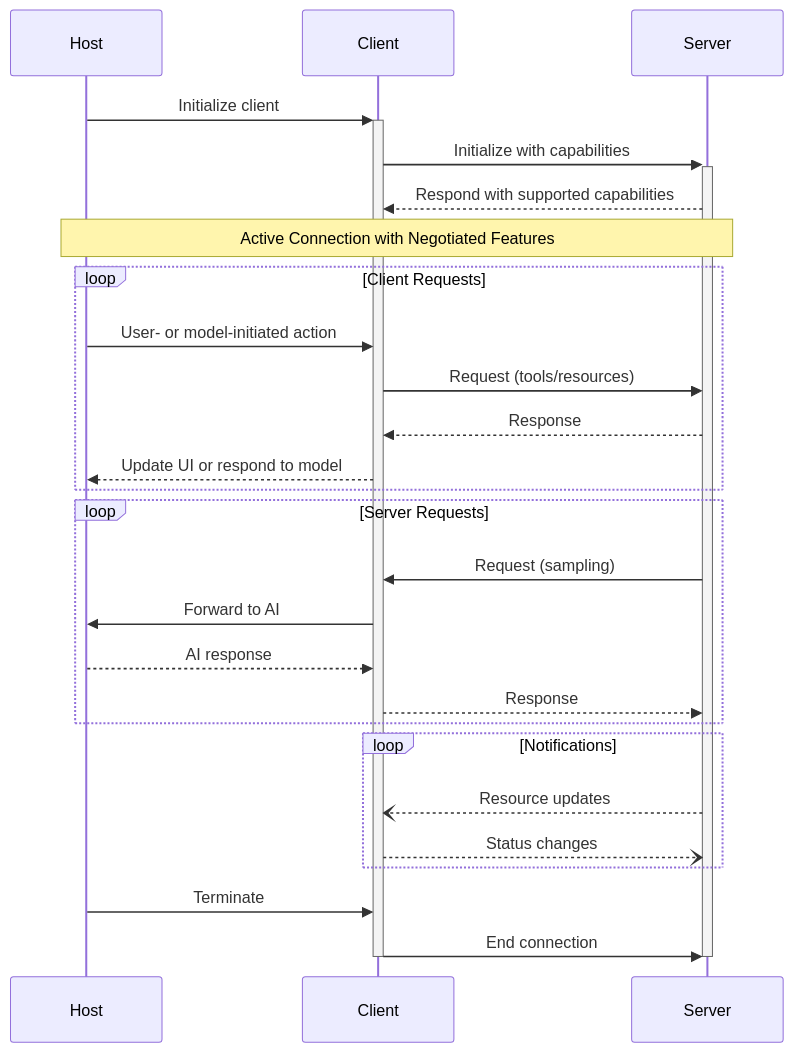
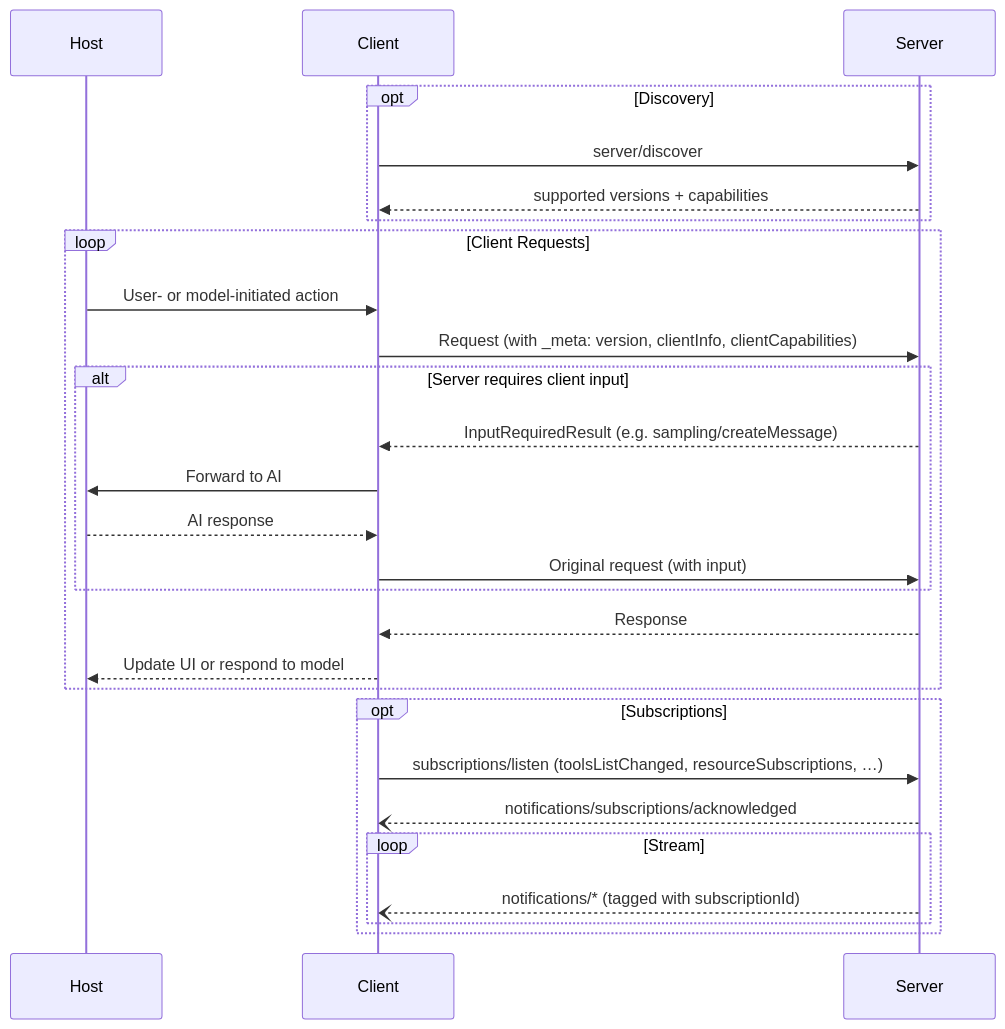
One commit to NickCollect/ai-coding-runbook changed the second of 2 diagrams in 01_Raw/github/modelcontextprotocol/modelcontextprotocol/docs/specification/draft/architecture/index.mdx. Above: the diagram before and after it, drawn with Mermaid. The commit also changed other lines of this file and 151 other files, not shown here.

````diff
--- a/01_Raw/github/modelcontextprotocol/modelcontextprotocol/docs/specification/draft/architecture/index.mdx
+++ b/01_Raw/github/modelcontextprotocol/modelcontextprotocol/docs/specification/draft/architecture/index.mdx
@@ -126,35 +131,32 @@
 ```mermaid
 sequenceDiagram
     participant Host
     participant Client
     participant Server
 
-    Host->>+Client: Initialize client
-    Client->>+Server: Initialize with capabilities
-    Server-->>Client: Respond with supported capabilities
-
-    Note over Host,Server: Active Connection with Negotiated Features
+    opt Discovery
+        Client->>Server: server/discover
+        Server-->>Client: supported versions + capabilities
+    end
 
     loop Client Requests
         Host->>Client: User- or model-initiated action
-        Client->>Server: Request (tools/resources)
+        Client->>Server: Request (with _meta: version, clientInfo, clientCapabilities)
+        alt Server requires client input
+            Server-->>Client: InputRequiredResult (e.g. sampling/createMessage)
+            Client->>Host: Forward to AI
+            Host-->>Client: AI response
+            Client->>Server: Original request (with input)
+        end
         Server-->>Client: Response
         Client-->>Host: Update UI or respond to model
     end
 
-    loop Server Requests
-        Server->>Client: Request (sampling)
-        Client->>Host: Forward to AI
-        Host-->>Client: AI response
-        Client-->>Server: Response
+    opt Subscriptions
+        Client->>Server: subscriptions/listen (toolsListChanged, resourceSubscriptions, …)
+        Server--)Client: notifications/subscriptions/acknowledged
+        loop Stream
+            Server--)Client: notifications/* (tagged with subscriptionId)
+        end
     end
-
-    loop Notifications
-        Server--)Client: Resource updates
-        Client--)Server: Status changes
-    end
-
-    Host->>Client: Terminate
-    Client->>-Server: End connection
-    deactivate Server
 ```
````
